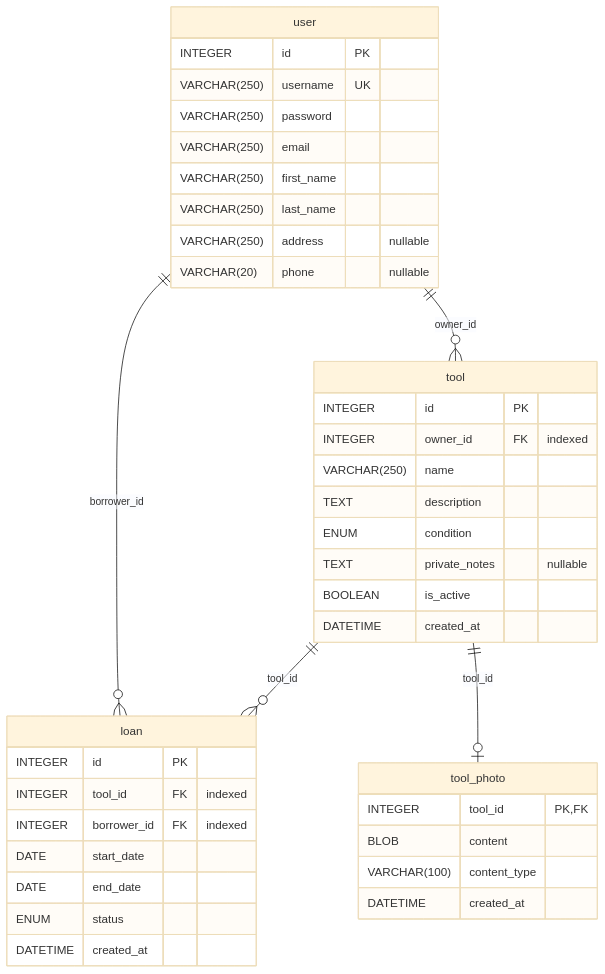
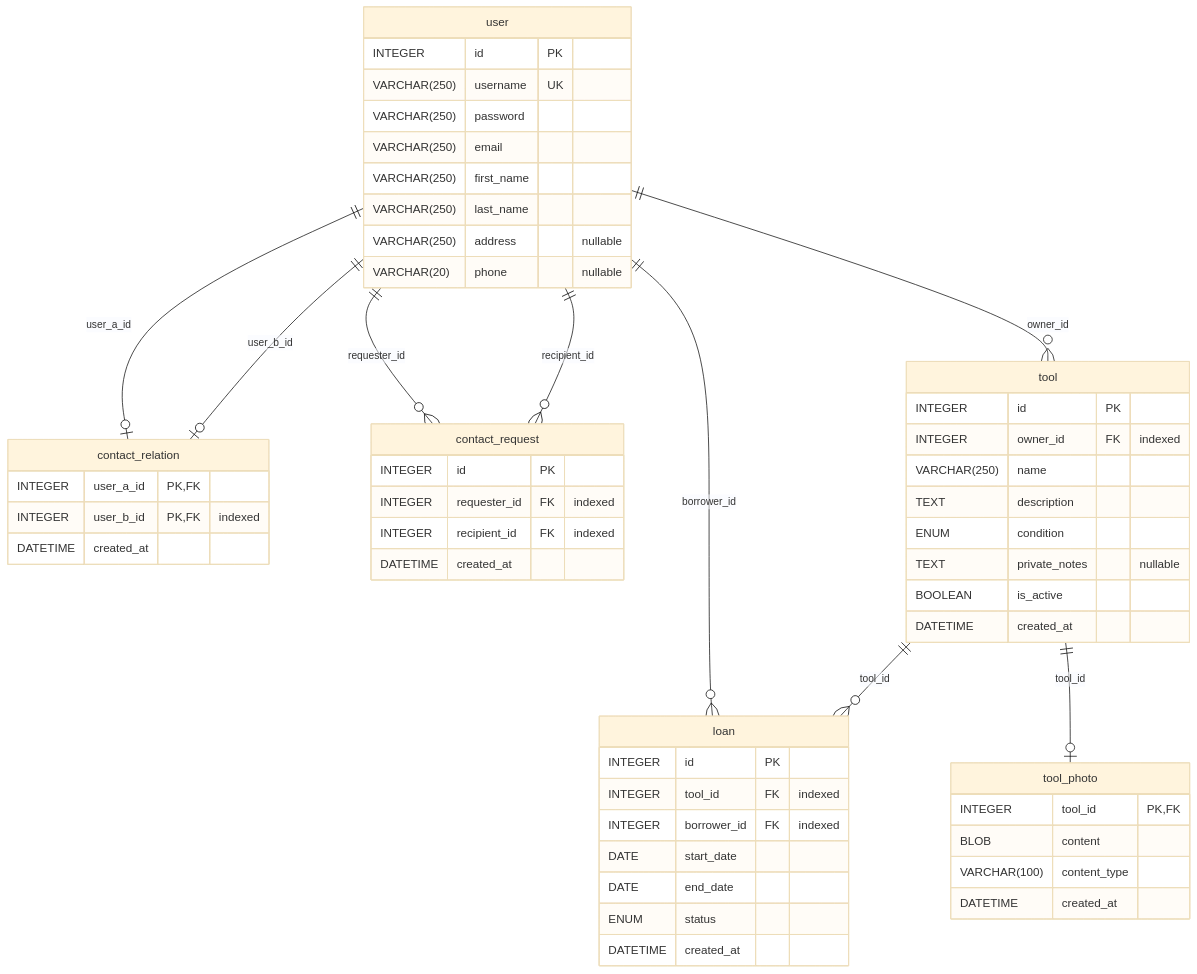
Before and after one commit to gcharland1/outillerie: the diagram in docs/schema.md, drawn with Mermaid (base theme). The commit also changed 26 other files, not shown here.

````diff
--- a/docs/schema.md
+++ b/docs/schema.md
@@ -9,47 +9,64 @@
 ```mermaid
 erDiagram
+  contact_relation {
+    INTEGER user_a_id PK,FK
+    INTEGER user_b_id PK,FK "indexed"
+    DATETIME created_at
+  }
+
+  contact_request {
+    INTEGER id PK
+    INTEGER requester_id FK "indexed"
+    INTEGER recipient_id FK "indexed"
+    DATETIME created_at
+  }
+
   loan {
     INTEGER id PK
     INTEGER tool_id FK "indexed"
     INTEGER borrower_id FK "indexed"
     DATE start_date
     DATE end_date
     ENUM status
     DATETIME created_at
   }
 
   tool {
     INTEGER id PK
     INTEGER owner_id FK "indexed"
     VARCHAR(250) name
     TEXT description
     ENUM condition
     TEXT private_notes "nullable"
     BOOLEAN is_active
     DATETIME created_at
   }
 
   tool_photo {
     INTEGER tool_id PK,FK
     BLOB content
     VARCHAR(100) content_type
     DATETIME created_at
   }
 
   user {
     INTEGER id PK
     VARCHAR(250) username UK
     VARCHAR(250) password
     VARCHAR(250) email
     VARCHAR(250) first_name
     VARCHAR(250) last_name
     VARCHAR(250) address "nullable"
     VARCHAR(20) phone "nullable"
   }
 
+  user ||--o| contact_relation : user_a_id
+  user ||--o| contact_relation : user_b_id
+  user ||--o{ contact_request : requester_id
+  user ||--o{ contact_request : recipient_id
   tool ||--o{ loan : tool_id
   user ||--o{ loan : borrower_id
   user ||--o{ tool : owner_id
   tool ||--o| tool_photo : tool_id
 
 ```
````
